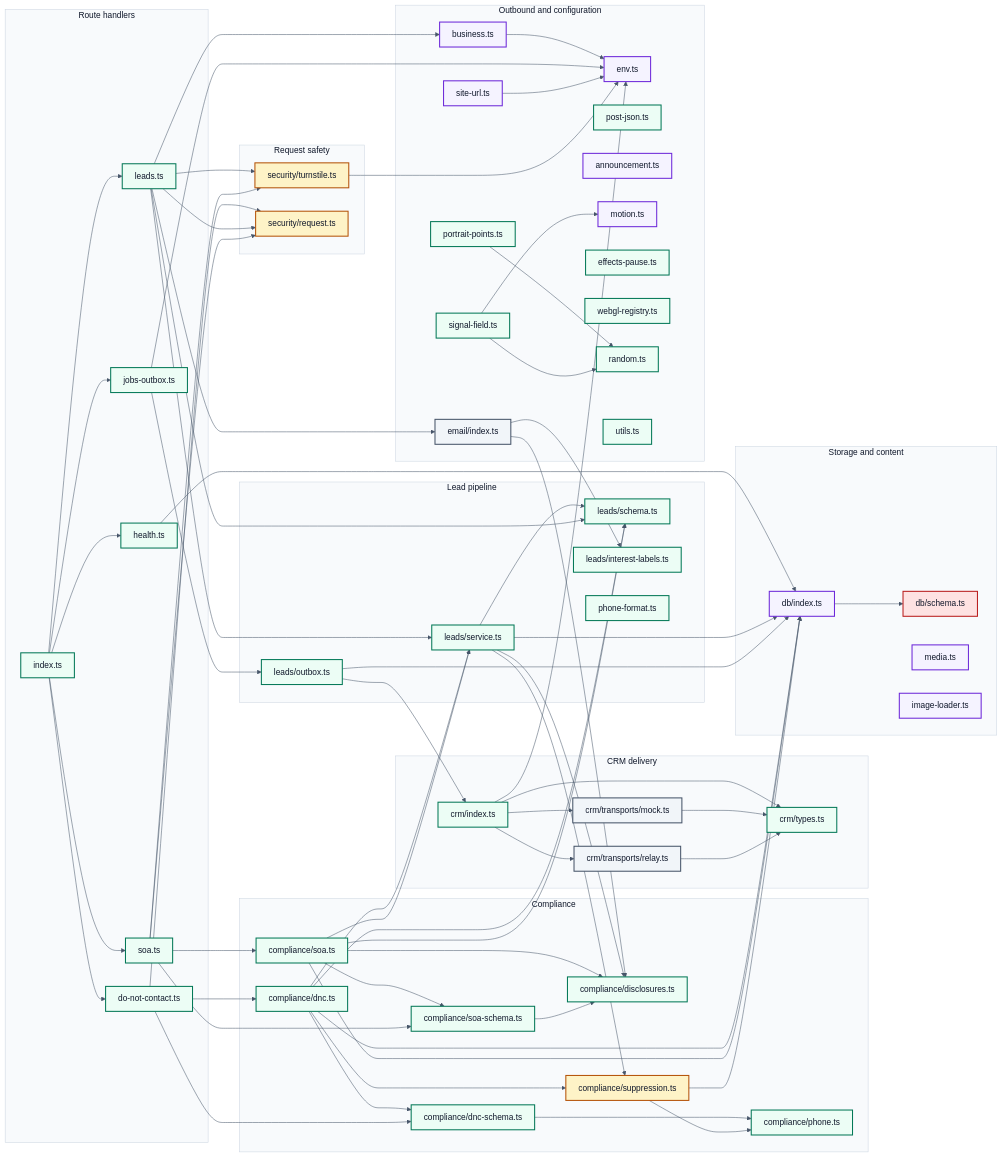
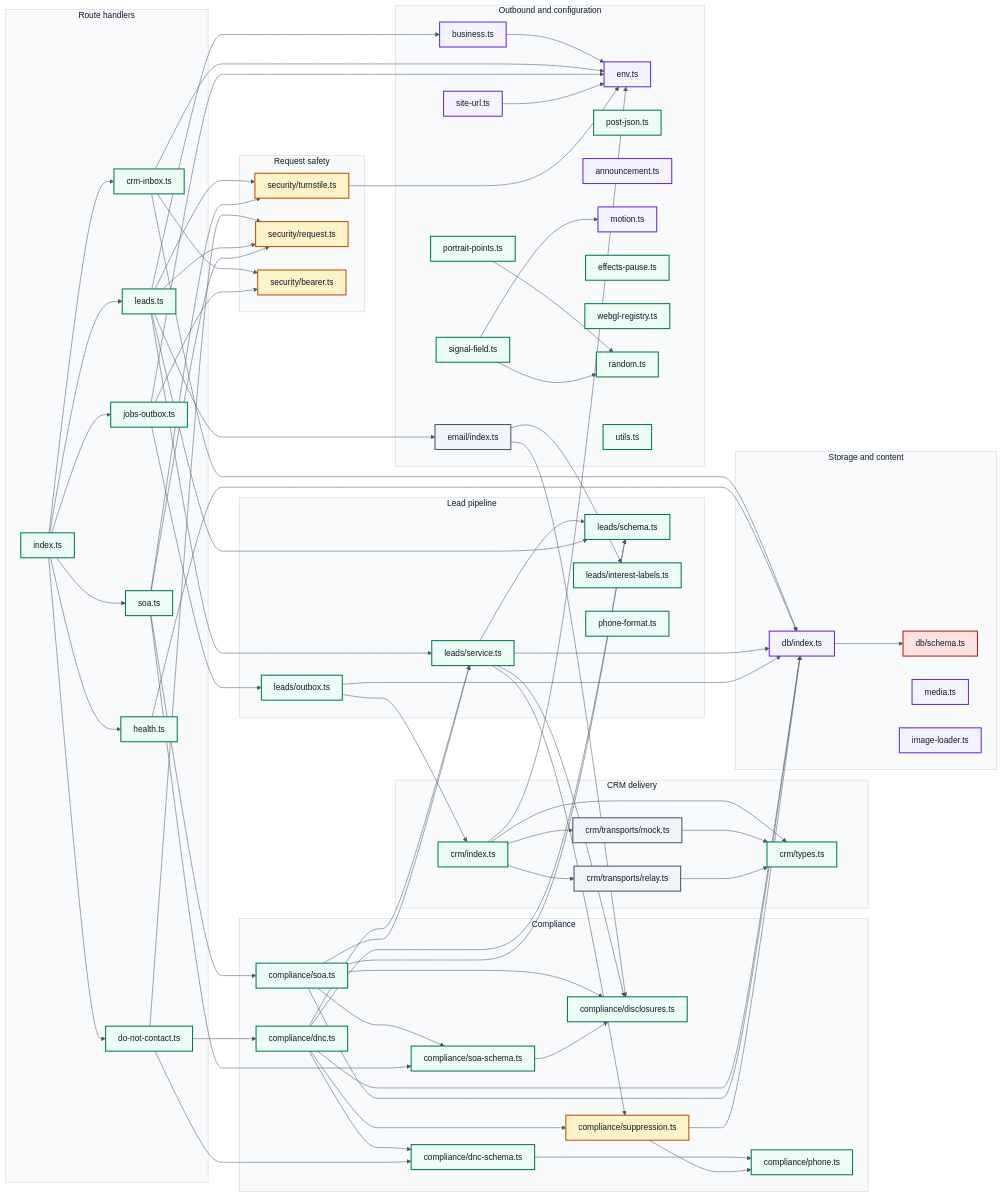
One commit to marc-mccarthy/legacy-benefits-mn changed the diagram in docs/diagrams/D5-module-map.mmd. Above: the diagram before and after it, drawn with Mermaid. The commit also changed 15 other files, not shown here.

Commit message:
feat(api): crm-inbox route mimics the relay for dev

```diff
--- a/docs/diagrams/D5-module-map.mmd
+++ b/docs/diagrams/D5-module-map.mmd
@@ -1,146 +1,153 @@
 %%{init: {"theme":"base","themeVariables":{"fontFamily":"Helvetica Neue, Helvetica, Arial, sans-serif","fontSize":"16px","textColor":"#0F172A","background":"#FFFFFF","lineColor":"#475569","mainBkg":"#EFF6FF","nodeBorder":"#1D4ED8","primaryColor":"#EFF6FF","primaryBorderColor":"#1D4ED8","primaryTextColor":"#0F172A","secondaryColor":"#F1F5F9","secondaryBorderColor":"#475569","secondaryTextColor":"#0F172A","tertiaryColor":"#F8FAFC","tertiaryBorderColor":"#CBD5E1","tertiaryTextColor":"#0F172A","clusterBkg":"#F8FAFC","clusterBorder":"#CBD5E1","edgeLabelBackground":"#FFFFFF","actorBkg":"#EEF2FF","actorBorder":"#4338CA","actorTextColor":"#0F172A","signalColor":"#475569","signalTextColor":"#0F172A","noteBkgColor":"#FEF3C7","noteBorderColor":"#B45309","noteTextColor":"#0F172A","activationBkgColor":"#ECFDF5","activationBorderColor":"#047857","labelBoxBkgColor":"#FEF3C7","labelBoxBorderColor":"#B45309","sequenceNumberColor":"#FFFFFF"},"flowchart":{"htmlLabels":false,"curve":"basis","nodeSpacing":45,"rankSpacing":60,"padding":12},"sequence":{"useMaxWidth":false,"htmlLabels":false,"mirrorActors":false,"wrap":true,"width":190}}}%%
 flowchart LR
 accTitle: Every server module this repository owns, and what each one imports
 accDescr {
   A left-to-right map of the server side of the application, derived from the imports in the
   code rather than drawn by hand, so it cannot describe a wiring that no longer exists. Each
   box is one module; each arrow is one module importing another. Route handlers sit on the
   left, since every request enters through one of them. The two modules that verify a request
   and the one that decides whether a person may be contacted are drawn as gates, because their
   job is to reject. The database schema is drawn as regulated data, because that is what it
   declares. Test files are excluded: a test importing a module says nothing about how the
-  application is wired. 41 modules and 56 imports are drawn.
+  application is wired. 43 modules and 61 imports are drawn.
 }
 
 subgraph Routehandlers ["Route handlers"]
   apiRouter["index.ts"]
   leadsRoute["leads.ts"]
   soaRoute["soa.ts"]
   dncRoute["do-not-contact.ts"]
   jobsRoute["jobs-outbox.ts"]
   healthRoute["health.ts"]
+  crmInboxRoute["crm-inbox.ts"]
 end
 
 subgraph Requestsafety ["Request safety"]
   turnstile["security/turnstile.ts"]
   request["security/request.ts"]
+  bearer["security/bearer.ts"]
 end
 
 subgraph Leadpipeline ["Lead pipeline"]
   leadService["leads/service.ts"]
   leadSchema["leads/schema.ts"]
   outbox["leads/outbox.ts"]
   interestLabels["leads/interest-labels.ts"]
   phoneFormat["phone-format.ts"]
 end
 
 subgraph Compliance ["Compliance"]
   disclosures["compliance/disclosures.ts"]
   suppression["compliance/suppression.ts"]
   phone["compliance/phone.ts"]
   dnc["compliance/dnc.ts"]
   dncSchema["compliance/dnc-schema.ts"]
   soa["compliance/soa.ts"]
   soaSchema["compliance/soa-schema.ts"]
 end
 
 subgraph CRMdelivery ["CRM delivery"]
   crm["crm/index.ts"]
   crmTypes["crm/types.ts"]
   relay["crm/transports/relay.ts"]
   mock["crm/transports/mock.ts"]
 end
 
 subgraph Storageandcontent ["Storage and content"]
   db["db/index.ts"]
   dbSchema["db/schema.ts"]
   media["media.ts"]
   imageLoader["image-loader.ts"]
 end
 
 subgraph Outboundandconfiguration ["Outbound and configuration"]
   email["email/index.ts"]
   env["env.ts"]
   siteUrl["site-url.ts"]
   postJson["post-json.ts"]
   business["business.ts"]
   announcement["announcement.ts"]
   motion["motion.ts"]
   effectsPause["effects-pause.ts"]
   webglRegistry["webgl-registry.ts"]
   portraitPoints["portrait-points.ts"]
   signalField["signal-field.ts"]
   random["random.ts"]
   utils["utils.ts"]
 end
 
+apiRouter --> crmInboxRoute
 apiRouter --> dncRoute
 apiRouter --> healthRoute
 apiRouter --> jobsRoute
 apiRouter --> leadsRoute
 apiRouter --> soaRoute
 business --> env
 crm --> crmTypes
 crm --> env
 crm --> mock
 crm --> relay
+crmInboxRoute --> bearer
+crmInboxRoute --> db
+crmInboxRoute --> env
 db --> dbSchema
 dnc --> db
 dnc --> dncSchema
 dnc --> leadSchema
 dnc --> leadService
 dnc --> suppression
 dncRoute --> dnc
 dncRoute --> dncSchema
 dncRoute --> request
 dncSchema --> phone
 email --> disclosures
 email --> interestLabels
 healthRoute --> db
+jobsRoute --> bearer
 jobsRoute --> env
 jobsRoute --> outbox
 leadService --> db
 leadService --> disclosures
 leadService --> leadSchema
 leadService --> suppression
 leadsRoute --> business
 leadsRoute --> email
 leadsRoute --> leadSchema
 leadsRoute --> leadService
 leadsRoute --> request
 leadsRoute --> turnstile
 mock --> crmTypes
 outbox --> crm
 outbox --> db
 portraitPoints --> random
 relay --> crmTypes
 signalField --> motion
 signalField --> random
 siteUrl --> env
 soa --> db
 soa --> disclosures
 soa --> leadSchema
 soa --> leadService
 soa --> soaSchema
 soaRoute --> request
 soaRoute --> soa
 soaRoute --> soaSchema
 soaRoute --> turnstile
 soaSchema --> disclosures
 suppression --> db
 suppression --> phone
 turnstile --> env
 
 classDef human    fill:#EEF2FF,stroke:#4338CA,stroke-width:2px,color:#0F172A
 classDef client   fill:#EFF6FF,stroke:#1D4ED8,stroke-width:2px,color:#0F172A
 classDef ours     fill:#ECFDF5,stroke:#047857,stroke-width:2px,color:#0F172A
 classDef guard    fill:#FEF3C7,stroke:#B45309,stroke-width:2px,color:#0F172A
 classDef vendor   fill:#F1F5F9,stroke:#475569,stroke-width:2px,color:#0F172A
 classDef phi      fill:#FEE2E2,stroke:#B91C1C,stroke-width:2px,color:#0F172A
 classDef artifact fill:#F5F3FF,stroke:#6D28D9,stroke-width:2px,color:#0F172A
 
-class apiRouter,leadsRoute,soaRoute,dncRoute,jobsRoute,healthRoute,leadService,leadSchema,outbox,interestLabels,phoneFormat,disclosures,phone,dnc,dncSchema,soa,soaSchema,crm,crmTypes,postJson,effectsPause,webglRegistry,portraitPoints,signalField,random,utils ours
-class turnstile,request,suppression guard
+class apiRouter,leadsRoute,soaRoute,dncRoute,jobsRoute,healthRoute,crmInboxRoute,leadService,leadSchema,outbox,interestLabels,phoneFormat,disclosures,phone,dnc,dncSchema,soa,soaSchema,crm,crmTypes,postJson,effectsPause,webglRegistry,portraitPoints,signalField,random,utils ours
+class turnstile,request,bearer,suppression guard
 class relay,mock,email vendor
 class dbSchema phi
 class db,media,imageLoader,env,siteUrl,business,announcement,motion artifact
```
